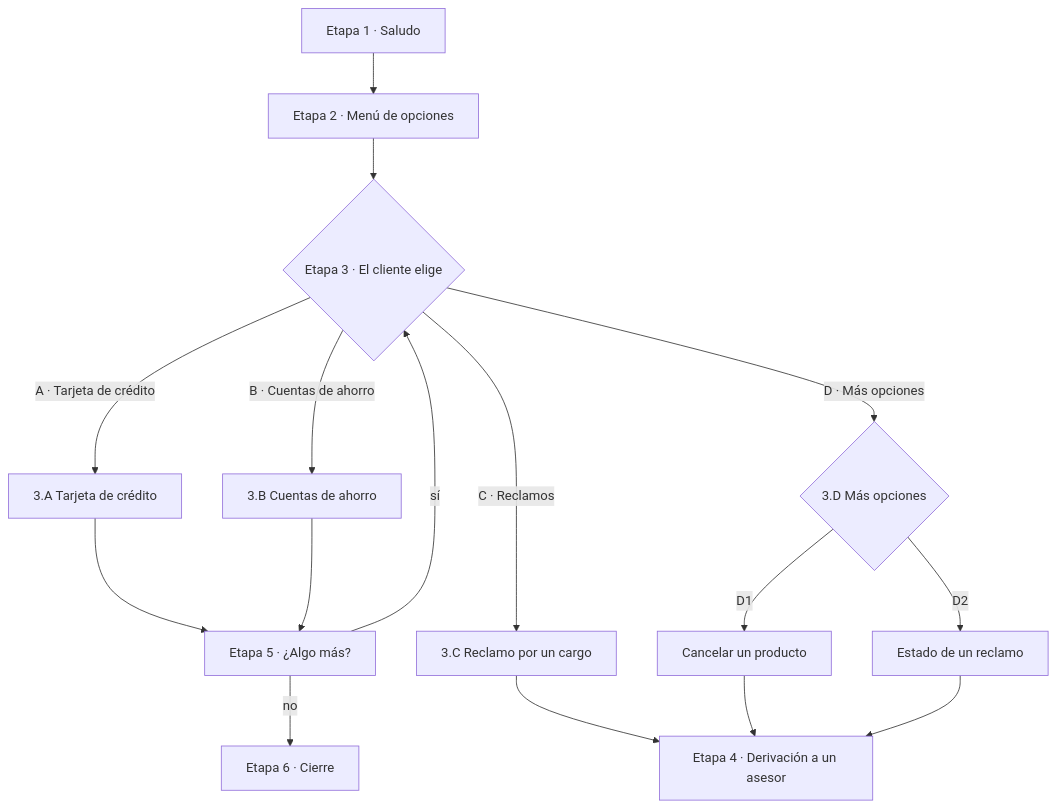
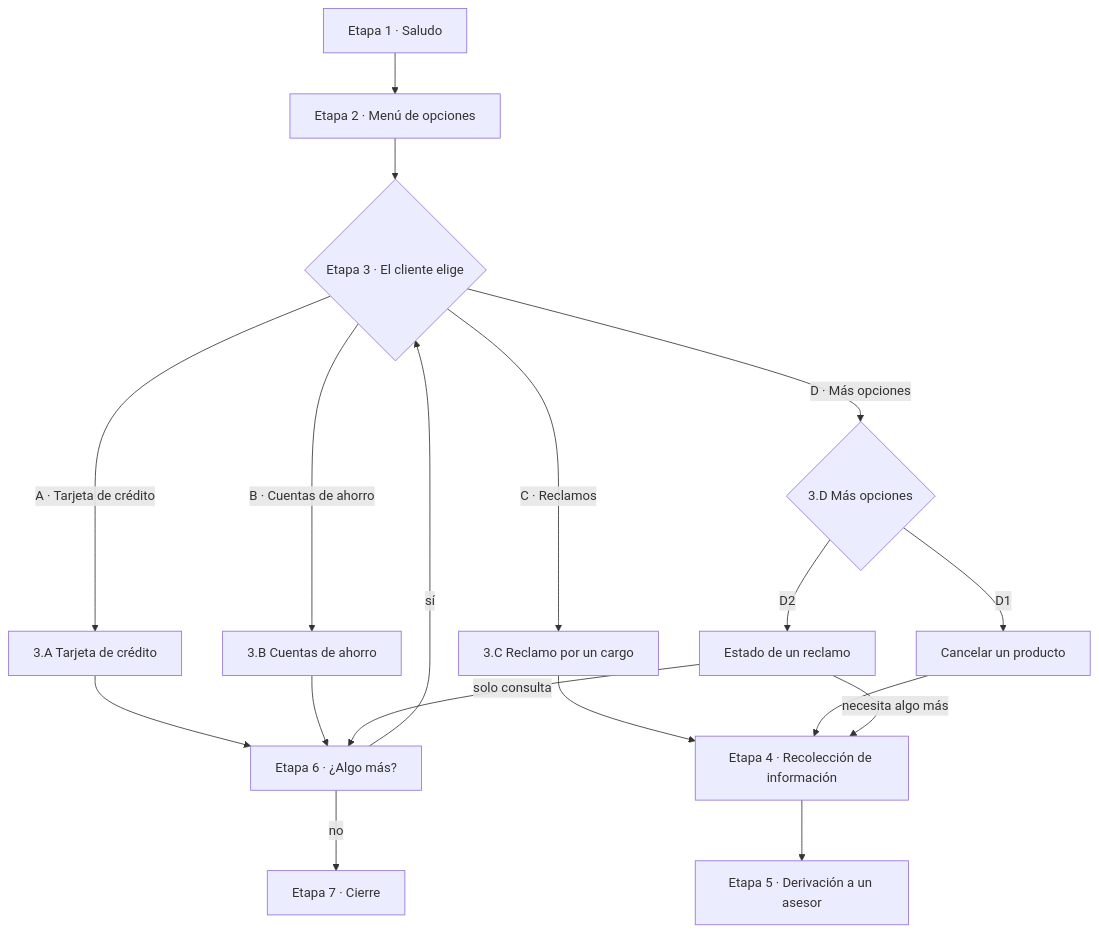
One commit to pqbas/factored-hackathon-2026-zenit changed the first of 3 diagrams in docs/flujo-atencion.md. Above: the diagram before and after it, drawn with Mermaid. The commit also changed other lines of this file, not shown here.

````diff
--- a/docs/flujo-atencion.md
+++ b/docs/flujo-atencion.md
@@ -25,18 +25,20 @@
 ```mermaid
 flowchart TD
     S["Etapa 1 · Saludo"] --> P["Etapa 2 · Menú de opciones"]
     P --> A{"Etapa 3 · El cliente elige"}
     A -->|A · Tarjeta de crédito| TC["3.A Tarjeta de crédito"]
     A -->|B · Cuentas de ahorro| CA["3.B Cuentas de ahorro"]
     A -->|C · Reclamos| R["3.C Reclamo por un cargo"]
     A -->|D · Más opciones| D{"3.D Más opciones"}
     D -->|D1| X["Cancelar un producto"]
     D -->|D2| E["Estado de un reclamo"]
-    TC --> M["Etapa 5 · ¿Algo más?"]
+    TC --> M["Etapa 6 · ¿Algo más?"]
     CA --> M
-    R --> DV["Etapa 4 · Derivación a un asesor"]
-    X --> DV
-    E --> DV
+    E -->|solo consulta| M
+    R --> REC["Etapa 4 · Recolección de información"]
+    X --> REC
+    E -->|necesita algo más| REC
+    REC --> DV["Etapa 5 · Derivación a un asesor"]
     M -->|sí| A
-    M -->|no| F["Etapa 6 · Cierre"]
+    M -->|no| F["Etapa 7 · Cierre"]
 ```
````
